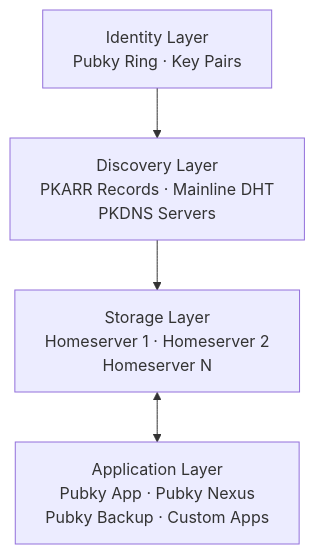
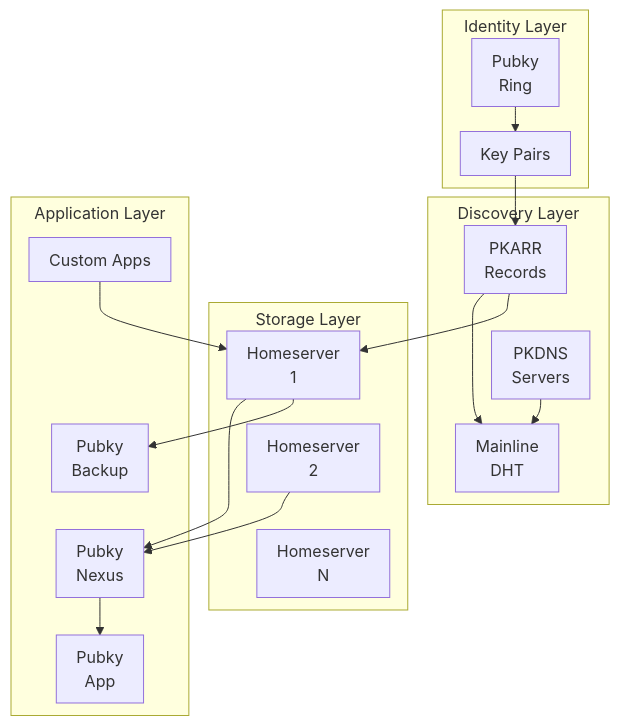
Before and after one commit to pubky/pubky-knowledge-base-v2: the first of 7 diagrams in src/content/docs/architecture.md, drawn with Mermaid. The commit also changed other lines of this file, not shown here.

Commit message:
docs: compact the component-level architecture diagram

````diff
--- a/src/content/docs/architecture.md
+++ b/src/content/docs/architecture.md
@@ -11,12 +14,44 @@
 ```mermaid
-%%{init: {'flowchart': {'wrappingWidth': 260}}}%%
+%%{init: {'flowchart': {'useMaxWidth': false, 'nodeSpacing': 16, 'rankSpacing': 25, 'padding': 10, 'subGraphTitleMargin': {'top': 4, 'bottom': 12}}}}%%
 flowchart TB
-    Identity["Identity Layer<br/>Pubky Ring · Key Pairs"]
-    Discovery["Discovery Layer<br/>PKARR Records · Mainline DHT<br/>PKDNS Servers"]
-    Storage["Storage Layer<br/>Homeserver 1 · Homeserver 2<br/>Homeserver N"]
-    Apps["Application Layer<br/>Pubky App · Pubky Nexus<br/>Pubky Backup · Custom Apps"]
+    subgraph Identity[Identity Layer]
+        Ring["Pubky<br/>Ring"]
+        Keys[Key Pairs]
+    end
 
-    Identity --> Discovery
-    Discovery --> Storage
-    Storage <--> Apps
+    subgraph Discovery[Discovery Layer]
+        PKARR["PKARR<br/>Records"]
+        DHT["Mainline<br/>DHT"]
+        PKDNS["PKDNS<br/>Servers"]
+    end
+
+    subgraph Storage[Storage Layer]
+        HS1["Homeserver<br/>1"]
+        HS2["Homeserver<br/>2"]
+        HSN["Homeserver<br/>N"]
+    end
+
+    subgraph Apps[Application Layer]
+        PubkyApp["Pubky<br/>App"]
+        Nexus["Pubky<br/>Nexus"]
+        Backup["Pubky<br/>Backup"]
+        Custom[Custom Apps]
+    end
+
+    Ring --> Keys
+    Keys --> PKARR
+    PKARR --> DHT
+    PKDNS --> DHT
+    PKARR --> HS1
+    HS1 --> Nexus
+    HS2 --> Nexus
+    HS1 --> Backup
+    Nexus --> PubkyApp
+    Custom --> HS1
+
+    %% Invisible links stack components without adding relationships.
+    PKARR ~~~ PKDNS
+    HS1 ~~~ HS2
+    HS2 ~~~ HSN
+    Backup ~~~ Nexus
 ```
````
